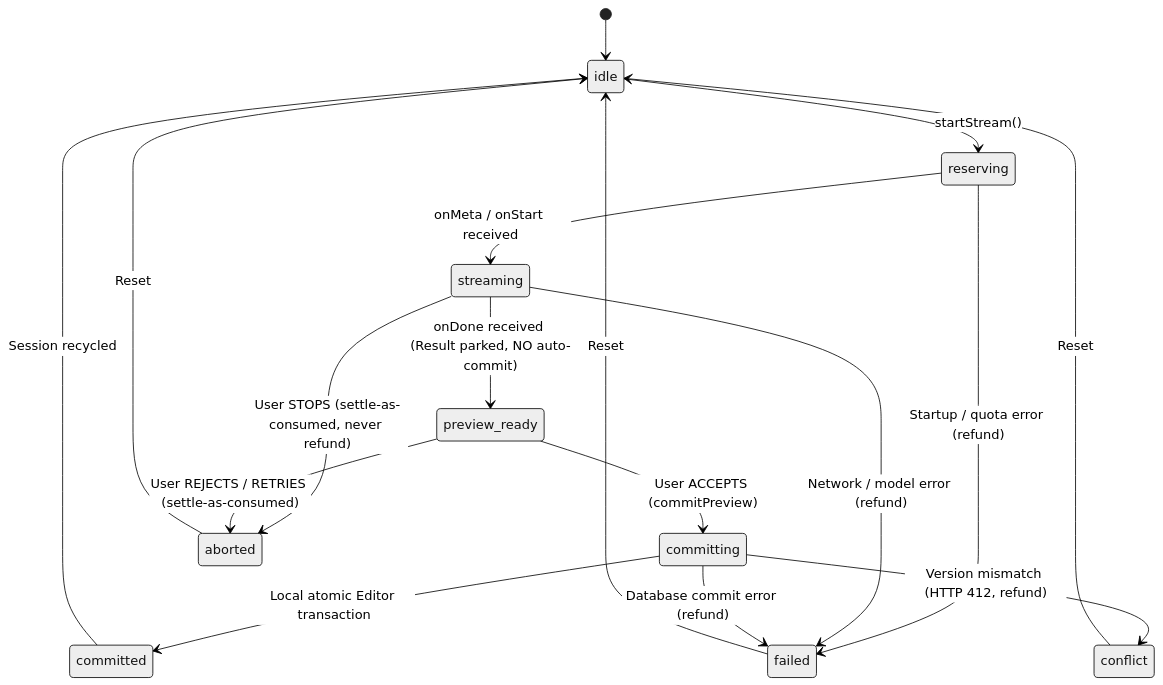
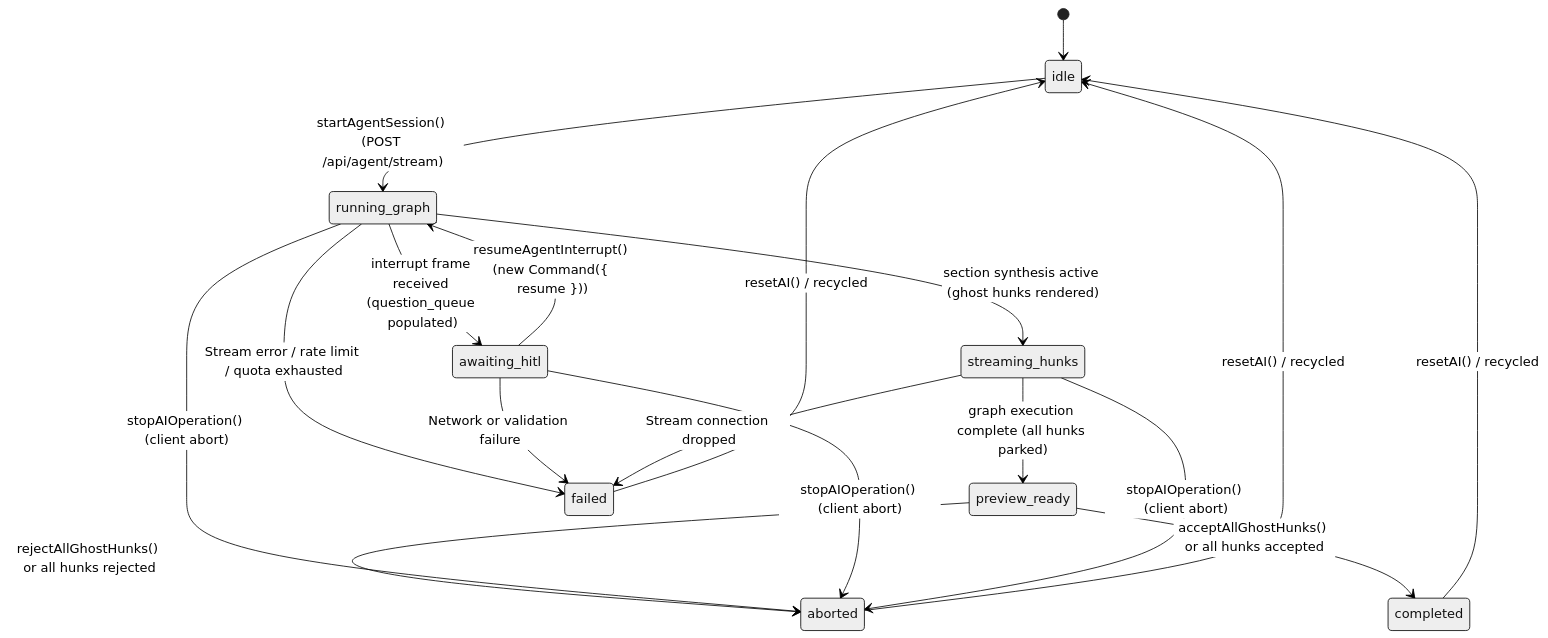
One commit to Abdullah931-stack/ELIXENT changed the second of 2 diagrams in docs/reference/ui-streaming-readiness.md. Above: the diagram before and after it, drawn with Mermaid (neutral theme). The commit also changed other lines of this file and 13 other files, not shown here.

Commit message:
docs(phase-11): record closure dossier, update living architecture, bump version to 0.11.0, and sync SSOT metrics

````diff
--- a/docs/reference/ui-streaming-readiness.md
+++ b/docs/reference/ui-streaming-readiness.md
@@ -60,22 +63,24 @@
 ```mermaid
 stateDiagram-v2
     [*] --> idle
-    idle --> reserving: startStream()
-    reserving --> streaming: onMeta / onStart received
-    streaming --> preview_ready: onDone received (Result parked, NO auto-commit)
-    preview_ready --> committing: User ACCEPTS (commitPreview)
-    committing --> committed: Local atomic Editor transaction
-    committed --> idle: Session recycled
+    idle --> running_graph: startAgentSession() (POST /api/agent/stream)
+    running_graph --> awaiting_hitl: interrupt frame received (question_queue populated)
+    awaiting_hitl --> running_graph: resumeAgentInterrupt() (new Command({ resume }))
+    running_graph --> streaming_hunks: section synthesis active (ghost hunks rendered)
+    streaming_hunks --> preview_ready: graph execution complete (all hunks parked)
+    
+    preview_ready --> completed: acceptAllGhostHunks() or all hunks accepted
+    preview_ready --> aborted: rejectAllGhostHunks() or all hunks rejected
 
-    streaming --> aborted: User STOPS (settle-as-consumed, never refund)
-    preview_ready --> aborted: User REJECTS / RETRIES (settle-as-consumed)
+    running_graph --> aborted: stopAIOperation() (client abort)
+    awaiting_hitl --> aborted: stopAIOperation() (client abort)
+    streaming_hunks --> aborted: stopAIOperation() (client abort)
 
-    reserving --> failed: Startup / quota error (refund)
-    streaming --> failed: Network / model error (refund)
-    committing --> failed: Database commit error (refund)
-    committing --> conflict: Version mismatch (HTTP 412, refund)
-    
-    aborted --> idle: Reset
-    failed --> idle: Reset
-    conflict --> idle: Reset
+    running_graph --> failed: Stream error / rate limit / quota exhausted
+    awaiting_hitl --> failed: Network or validation failure
+    streaming_hunks --> failed: Stream connection dropped
+
+    completed --> idle: resetAI() / recycled
+    aborted --> idle: resetAI() / recycled
+    failed --> idle: resetAI() / recycled
 ```
````
